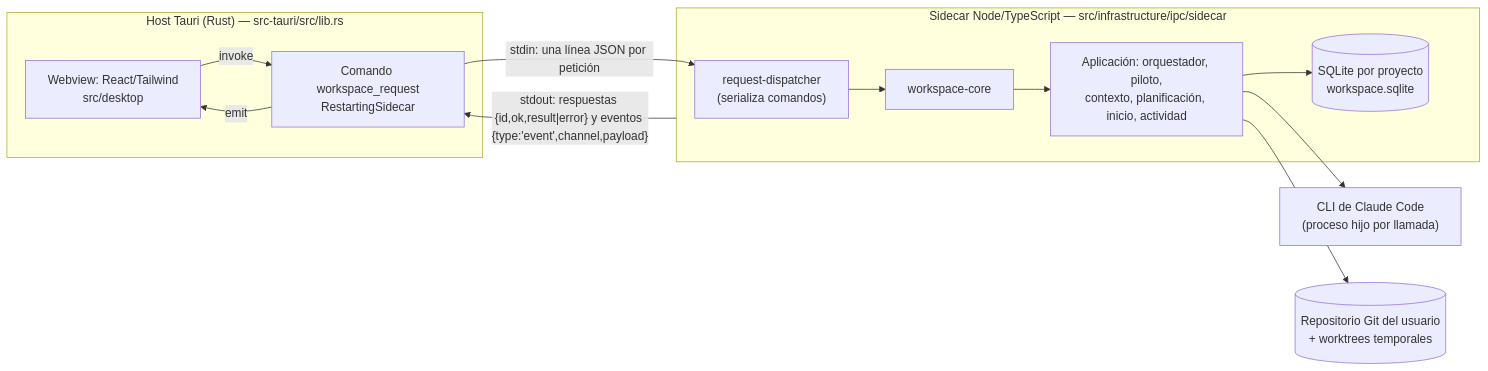
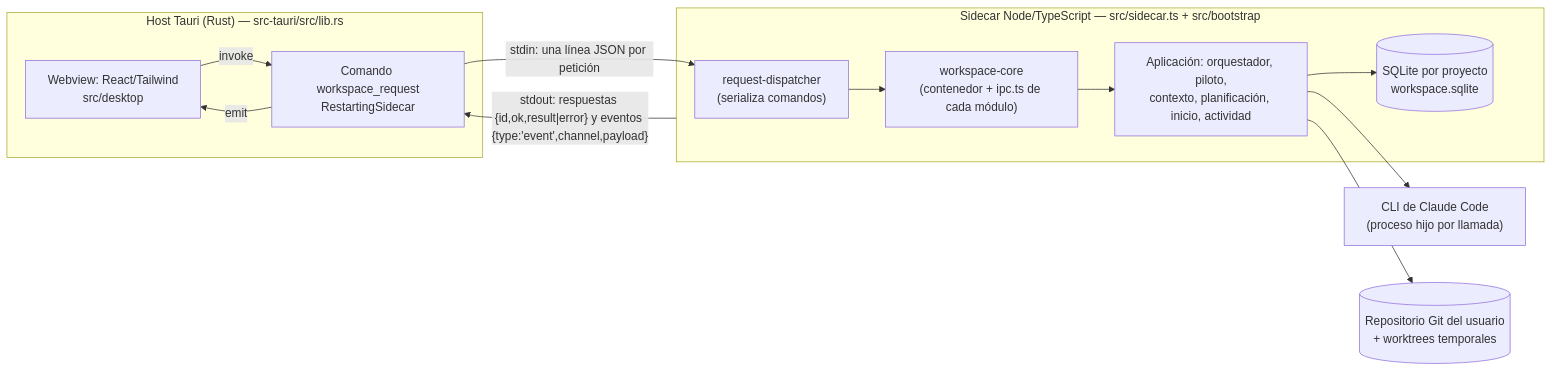
The diagram in docs/ARQUITECTURA_ACTUAL.md (jbriceno29/devgraph), drawn with Mermaid before and after one commit. The commit also changed other lines of this file and 330 other files, not shown here.

First line of the commit message:
refactor(arch): A1 + A2 — modular core: src/modules, platform and bootstrap with IPC per module

````diff
--- a/docs/ARQUITECTURA_ACTUAL.md
+++ b/docs/ARQUITECTURA_ACTUAL.md
@@ -7,23 +7,23 @@
 ```mermaid
 flowchart LR
   subgraph Tauri["Host Tauri (Rust) — src-tauri/src/lib.rs"]
     UI["Webview: React/Tailwind<br/>src/desktop"]
     Host["Comando workspace_request<br/>RestartingSidecar"]
   end
-  subgraph Core["Sidecar Node/TypeScript — src/infrastructure/ipc/sidecar"]
+  subgraph Core["Sidecar Node/TypeScript — src/sidecar.ts + src/bootstrap"]
     Disp["request-dispatcher<br/>(serializa comandos)"]
-    WC["workspace-core"]
+    WC["workspace-core<br/>(contenedor + ipc.ts de cada módulo)"]
     App["Aplicación: orquestador, piloto,<br/>contexto, planificación, inicio, actividad"]
     DB[("SQLite por proyecto<br/>workspace.sqlite")]
   end
   CLI["CLI de Claude Code<br/>(proceso hijo por llamada)"]
   Git[("Repositorio Git del usuario<br/>+ worktrees temporales")]
   UI -- "invoke" --> Host
   Host -- "stdin: una línea JSON por petición" --> Disp
   Disp --> WC --> App
   App --> DB
   App --> CLI
   App --> Git
   Core -- "stdout: respuestas {id,ok,result|error} y eventos {type:'event',channel,payload}" --> Host
   Host -- "emit" --> UI
 ```
````
